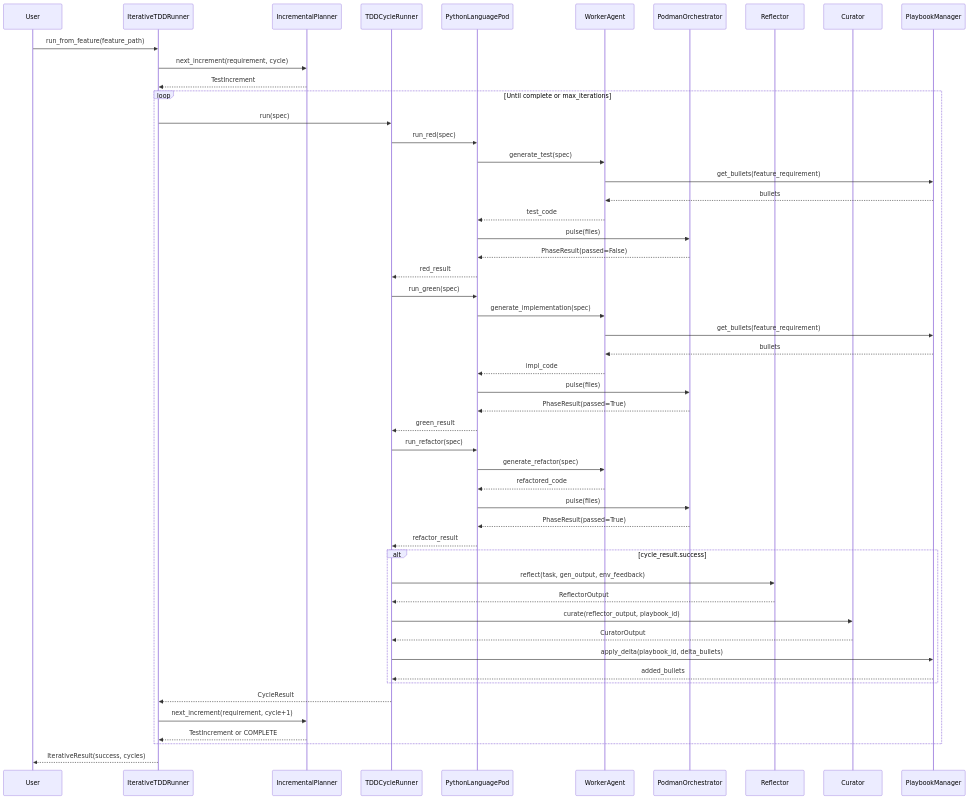
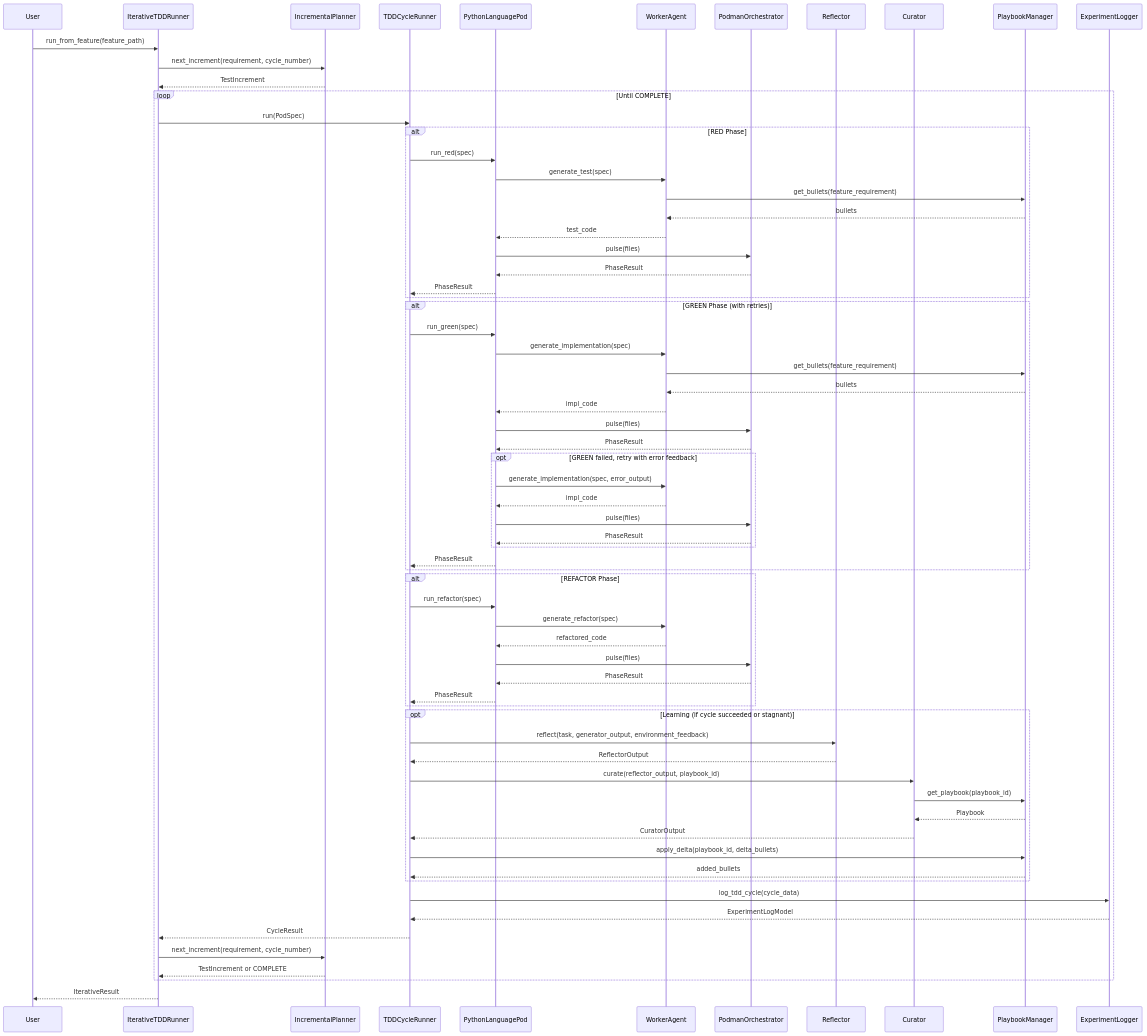
One commit to carlhuxley/ace_enterprise changed the diagram in docs/SYSTEM_ARCHITECTURE.md. Above: the diagram before and after it, drawn with Mermaid. The commit also changed other lines of this file and 5 other files, not shown here.

````diff
--- a/docs/SYSTEM_ARCHITECTURE.md
+++ b/docs/SYSTEM_ARCHITECTURE.md
@@ -43,61 +40,79 @@
 ```mermaid
 sequenceDiagram
     participant User
     participant IterativeTDDRunner
     participant IncrementalPlanner
     participant TDDCycleRunner
     participant PythonLanguagePod
     participant WorkerAgent
     participant PodmanOrchestrator
     participant Reflector
     participant Curator
     participant PlaybookManager
+    participant ExperimentLogger
 
     User->>IterativeTDDRunner: run_from_feature(feature_path)
-    IterativeTDDRunner->>IncrementalPlanner: next_increment(requirement, cycle)
+    IterativeTDDRunner->>IncrementalPlanner: next_increment(requirement, cycle_number)
     IncrementalPlanner-->>IterativeTDDRunner: TestIncrement
     
-    loop Until complete or max_iterations
-        IterativeTDDRunner->>TDDCycleRunner: run(spec)
+    loop Until COMPLETE
+        IterativeTDDRunner->>TDDCycleRunner: run(PodSpec)
         
-        TDDCycleRunner->>PythonLanguagePod: run_red(spec)
-        PythonLanguagePod->>WorkerAgent: generate_test(spec)
-        WorkerAgent->>PlaybookManager: get_bullets(feature_requirement)
-        PlaybookManager-->>WorkerAgent: bullets
-        WorkerAgent-->>PythonLanguagePod: test_code
-        PythonLanguagePod->>PodmanOrchestrator: pulse(files)
-        PodmanOrchestrator-->>PythonLanguagePod: PhaseResult(passed=False)
-        PythonLanguagePod-->>TDDCycleRunner: red_result
+        alt RED Phase
+            TDDCycleRunner->>PythonLanguagePod: run_red(spec)
+            PythonLanguagePod->>WorkerAgent: generate_test(spec)
+            WorkerAgent->>PlaybookManager: get_bullets(feature_requirement)
+            PlaybookManager-->>WorkerAgent: bullets
+            WorkerAgent-->>PythonLanguagePod: test_code
+            PythonLanguagePod->>PodmanOrchestrator: pulse(files)
+            PodmanOrchestrator-->>PythonLanguagePod: PhaseResult
+            PythonLanguagePod-->>TDDCycleRunner: PhaseResult
+        end
         
-        TDDCycleRunner->>PythonLanguagePod: run_green(spec)
-        PythonLanguagePod->>WorkerAgent: generate_implementation(spec)
-        WorkerAgent->>PlaybookManager: get_bullets(feature_requirement)
-        PlaybookManager-->>WorkerAgent: bullets
-        WorkerAgent-->>PythonLanguagePod: impl_code
-        PythonLanguagePod->>PodmanOrchestrator: pulse(files)
-        PodmanOrchestrator-->>PythonLanguagePod: PhaseResult(passed=True)
-        PythonLanguagePod-->>TDDCycleRunner: green_result
+        alt GREEN Phase (with retries)
+            TDDCycleRunner->>PythonLanguagePod: run_green(spec)
+            PythonLanguagePod->>WorkerAgent: generate_implementation(spec)
+            WorkerAgent->>PlaybookManager: get_bullets(feature_requirement)
+            PlaybookManager-->>WorkerAgent: bullets
+            WorkerAgent-->>PythonLanguagePod: impl_code
+            PythonLanguagePod->>PodmanOrchestrator: pulse(files)
+            PodmanOrchestrator-->>PythonLanguagePod: PhaseResult
+            opt GREEN failed, retry with error feedback
+                PythonLanguagePod->>WorkerAgent: generate_implementation(spec, error_output)
+                WorkerAgent-->>PythonLanguagePod: impl_code
+                PythonLanguagePod->>PodmanOrchestrator: pulse(files)
+                PodmanOrchestrator-->>PythonLanguagePod: PhaseResult
+            end
+            PythonLanguagePod-->>TDDCycleRunner: PhaseResult
+        end
         
-        TDDCycleRunner->>PythonLanguagePod: run_refactor(spec)
-        PythonLanguagePod->>WorkerAgent: generate_refactor(spec)
-        WorkerAgent-->>PythonLanguagePod: refactored_code
-        PythonLanguagePod->>PodmanOrchestrator: pulse(files)
-        PodmanOrchestrator-->>PythonLanguagePod: PhaseResult(passed=True)
-        PythonLanguagePod-->>TDDCycleRunner: refactor_result
+        alt REFACTOR Phase
+            TDDCycleRunner->>PythonLanguagePod: run_refactor(spec)
+            PythonLanguagePod->>WorkerAgent: generate_refactor(spec)
+            WorkerAgent-->>PythonLanguagePod: refactored_code
+            PythonLanguagePod->>PodmanOrchestrator: pulse(files)
+            PodmanOrchestrator-->>PythonLanguagePod: PhaseResult
+            PythonLanguagePod-->>TDDCycleRunner: PhaseResult
+        end
         
-        alt cycle_result.success
-            TDDCycleRunner->>Reflector: reflect(task, gen_output, env_feedback)
+        opt Learning (if cycle succeeded or stagnant)
+            TDDCycleRunner->>Reflector: reflect(task, generator_output, environment_feedback)
             Reflector-->>TDDCycleRunner: ReflectorOutput
             TDDCycleRunner->>Curator: curate(reflector_output, playbook_id)
+            Curator->>PlaybookManager: get_playbook(playbook_id)
+            PlaybookManager-->>Curator: Playbook
             Curator-->>TDDCycleRunner: CuratorOutput
             TDDCycleRunner->>PlaybookManager: apply_delta(playbook_id, delta_bullets)
             PlaybookManager-->>TDDCycleRunner: added_bullets
         end
         
+        TDDCycleRunner->>ExperimentLogger: log_tdd_cycle(cycle_data)
+        ExperimentLogger-->>TDDCycleRunner: ExperimentLogModel
         TDDCycleRunner-->>IterativeTDDRunner: CycleResult
-        IterativeTDDRunner->>IncrementalPlanner: next_increment(requirement, cycle+1)
+        
+        IterativeTDDRunner->>IncrementalPlanner: next_increment(requirement, cycle_number)
         IncrementalPlanner-->>IterativeTDDRunner: TestIncrement or COMPLETE
     end
     
-    IterativeTDDRunner-->>User: IterativeResult(success, cycles)
+    IterativeTDDRunner-->>User: IterativeResult
 ```
````
